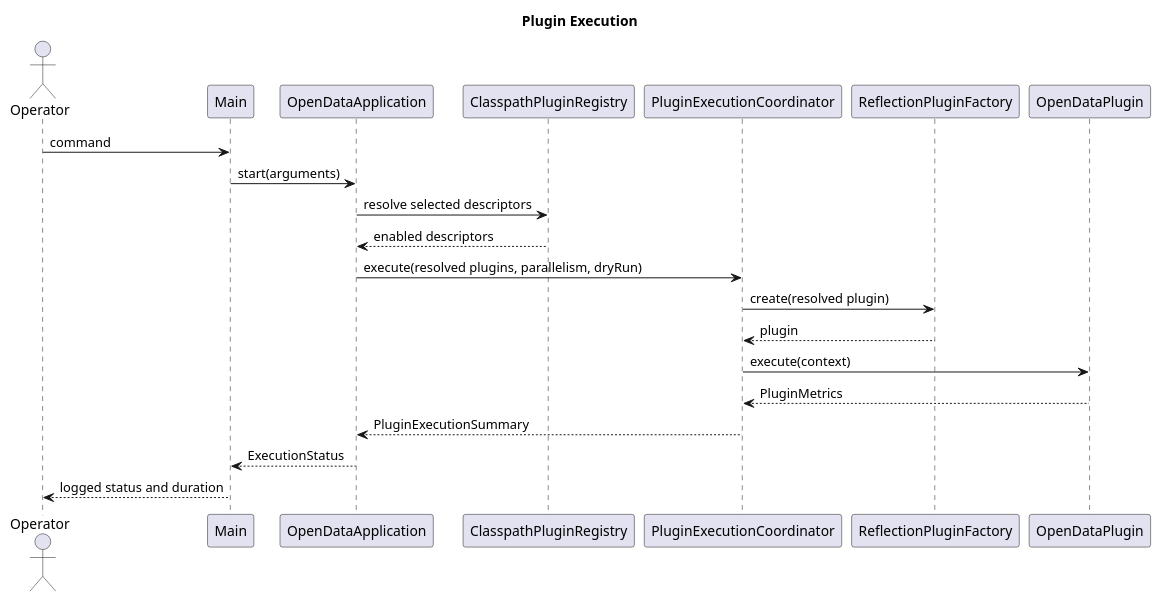
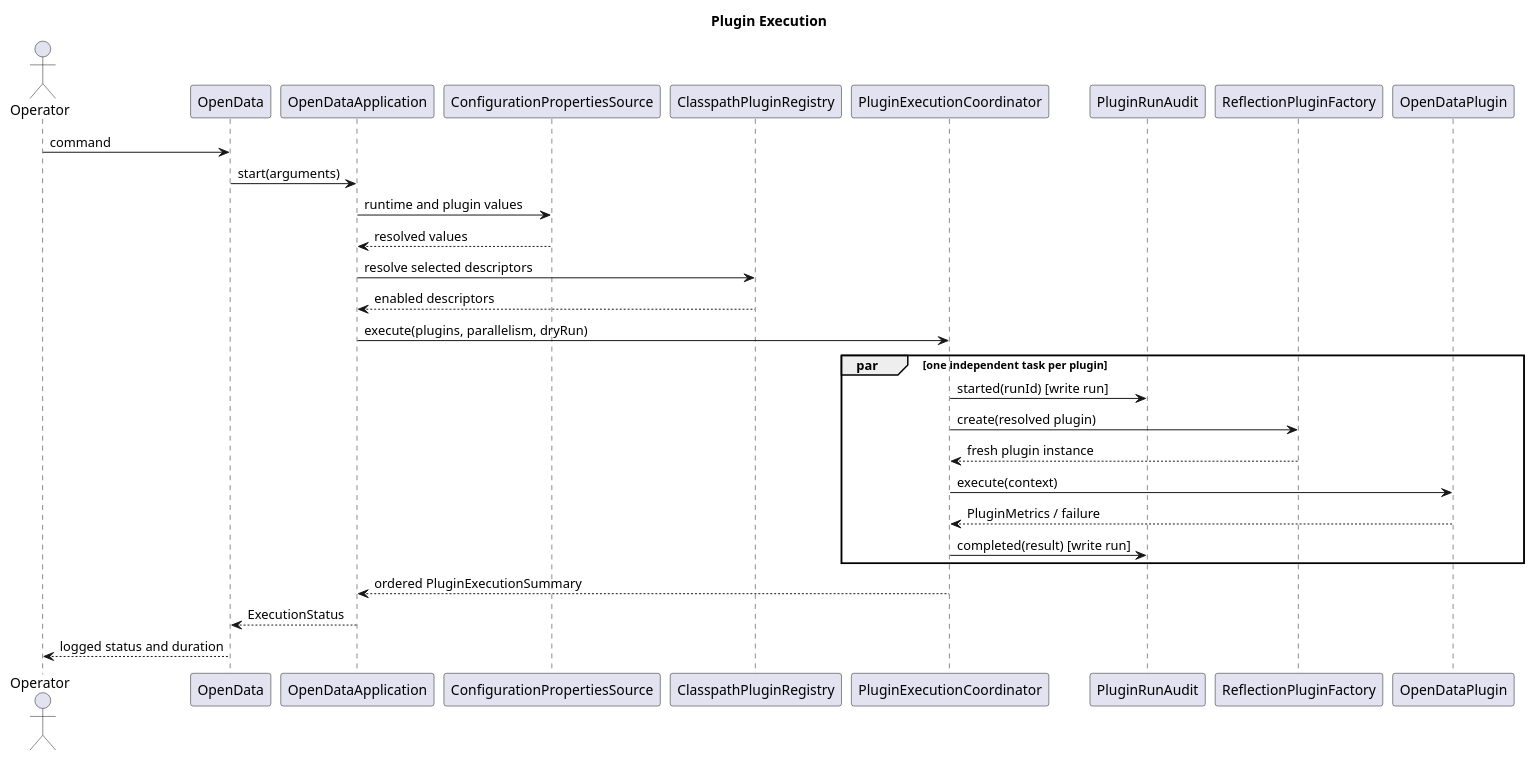
One commit to TerryCurranZellis/OpenData changed the diagram in docs/diagrams/source/plugin-execution-sequence.puml. Above: the diagram before and after it, drawn with PlantUML. The commit also changed 31 other files, not shown here.

```diff
--- a/docs/diagrams/source/plugin-execution-sequence.puml
+++ b/docs/diagrams/source/plugin-execution-sequence.puml
@@ -1,23 +1,31 @@
 @startuml
 title Plugin Execution
 actor Operator
-participant Main
+participant OpenData
 participant OpenDataApplication as Application
+participant ConfigurationPropertiesSource as Configuration
 participant ClasspathPluginRegistry as Registry
 participant PluginExecutionCoordinator as Coordinator
+participant PluginRunAudit as Audit
 participant ReflectionPluginFactory as Factory
 participant OpenDataPlugin as Plugin
 
-Operator -> Main : command
-Main -> Application : start(arguments)
+Operator -> OpenData : command
+OpenData -> Application : start(arguments)
+Application -> Configuration : runtime and plugin values
+Configuration --> Application : resolved values
 Application -> Registry : resolve selected descriptors
 Registry --> Application : enabled descriptors
-Application -> Coordinator : execute(resolved plugins, parallelism, dryRun)
-Coordinator -> Factory : create(resolved plugin)
-Factory --> Coordinator : plugin
-Coordinator -> Plugin : execute(context)
-Plugin --> Coordinator : PluginMetrics
-Coordinator --> Application : PluginExecutionSummary
-Application --> Main : ExecutionStatus
-Main --> Operator : logged status and duration
+Application -> Coordinator : execute(plugins, parallelism, dryRun)
+par one independent task per plugin
+  Coordinator -> Audit : started(runId) [write run]
+  Coordinator -> Factory : create(resolved plugin)
+  Factory --> Coordinator : fresh plugin instance
+  Coordinator -> Plugin : execute(context)
+  Plugin --> Coordinator : PluginMetrics / failure
+  Coordinator -> Audit : completed(result) [write run]
+end
+Coordinator --> Application : ordered PluginExecutionSummary
+Application --> OpenData : ExecutionStatus
+OpenData --> Operator : logged status and duration
 @enduml
```
